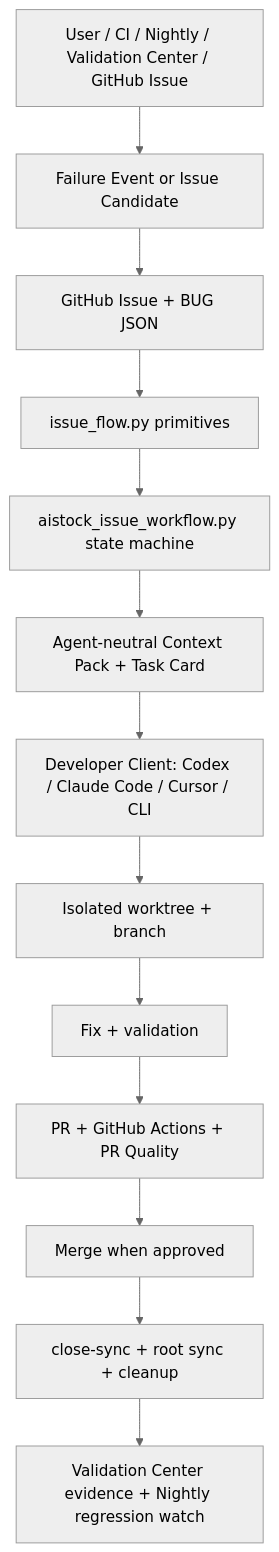
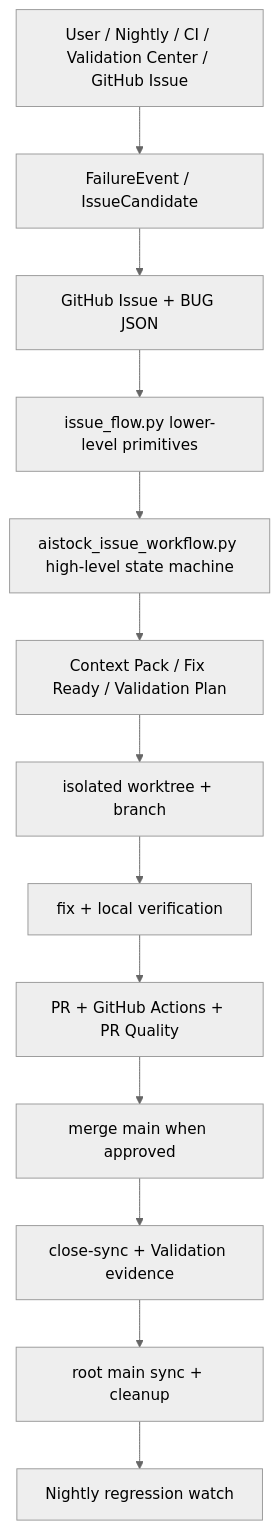
Before and after one commit to licong01-cloud/AIstock: the diagram in docs/architecture/aistock_issue_workflow_opensource_cicd_design_v2_20260525.md, drawn with Mermaid (neutral theme). The commit also changed other lines of this file and 7 other files, not shown here.

Commit message:
feat(validation): add issue workflow submit entry

````diff
--- a/docs/architecture/aistock_issue_workflow_opensource_cicd_design_v2_20260525.md
+++ b/docs/architecture/aistock_issue_workflow_opensource_cicd_design_v2_20260525.md
@@ -72,15 +94,15 @@
 ```mermaid
 flowchart TD
-  A["User / CI / Nightly / Validation Center / GitHub Issue"] --> B["Failure Event or Issue Candidate"]
-  B --> C["GitHub Issue + BUG JSON"]
-  C --> D["issue_flow.py primitives"]
-  D --> E["aistock_issue_workflow.py state machine"]
-  E --> F["Agent-neutral Context Pack + Task Card"]
-  F --> G["Developer Client: Codex / Claude Code / Cursor / CLI"]
-  G --> H["Isolated worktree + branch"]
-  H --> I["Fix + validation"]
-  I --> J["PR + GitHub Actions + PR Quality"]
-  J --> K["Merge when approved"]
-  K --> L["close-sync + root sync + cleanup"]
-  L --> M["Validation Center evidence + Nightly regression watch"]
+    A["User / Nightly / CI / Validation Center / GitHub Issue"] --> B["FailureEvent / IssueCandidate"]
+    B --> C["GitHub Issue + BUG JSON"]
+    C --> D["issue_flow.py lower-level primitives"]
+    D --> E["aistock_issue_workflow.py high-level state machine"]
+    E --> F["Context Pack / Fix Ready / Validation Plan"]
+    F --> G["isolated worktree + branch"]
+    G --> H["fix + local verification"]
+    H --> I["PR + GitHub Actions + PR Quality"]
+    I --> J["merge main when approved"]
+    J --> K["close-sync + Validation evidence"]
+    K --> L["root main sync + cleanup"]
+    L --> M["Nightly regression watch"]
 ```
````
